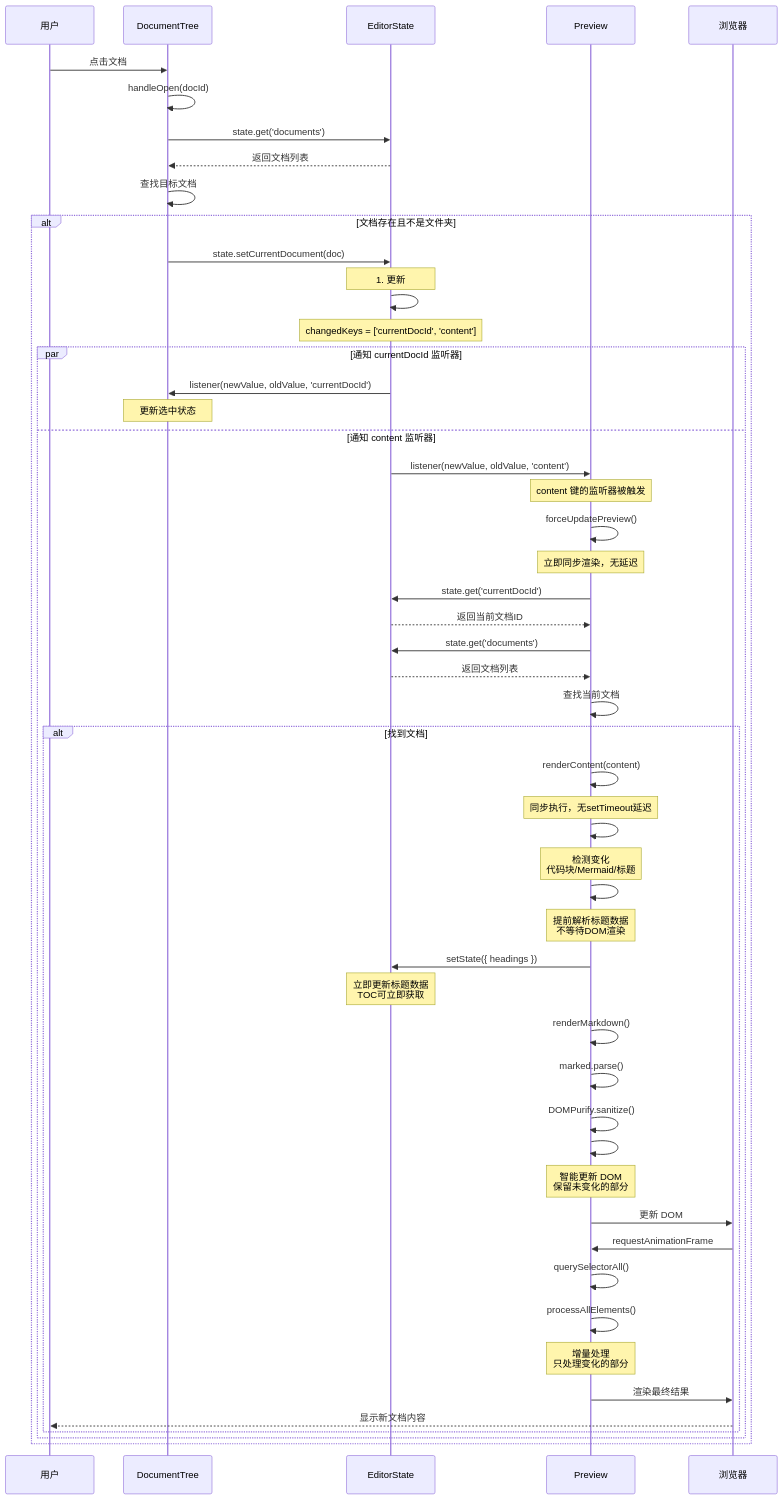
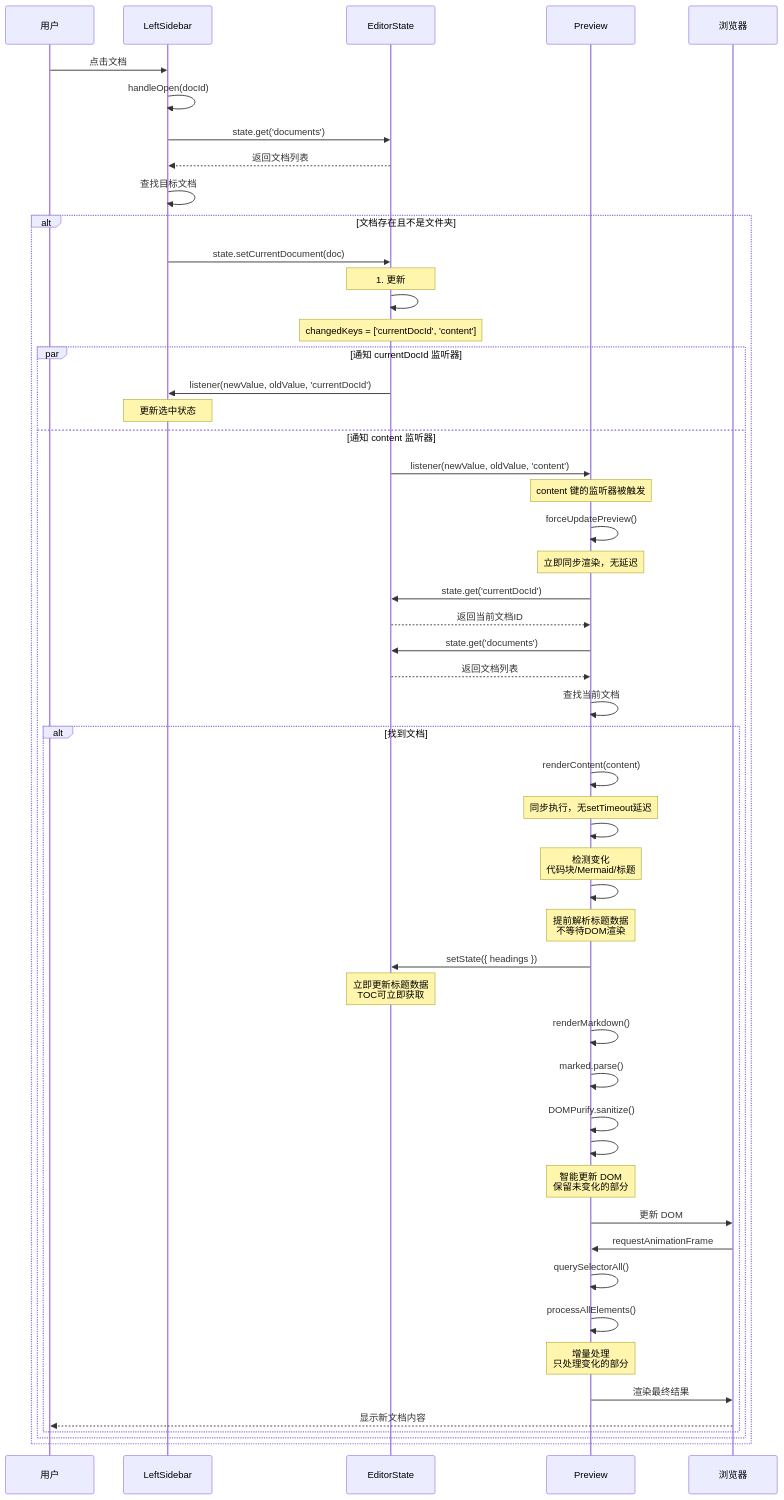
Before and after one commit to ZCShou/markdown: the third of 9 diagrams in docs/preview.md, drawn with Mermaid. The commit also changed other lines of this file and 8 other files, not shown here.

Commit message:
refactor: merge sidebar and document tree components into left/right sidebars

````diff
--- a/docs/preview.md
+++ b/docs/preview.md
@@ -190,74 +190,74 @@
 ```mermaid
 sequenceDiagram
     participant User as 用户
-    participant DocTree as DocumentTree
+    participant LeftSidebar as LeftSidebar
     participant State as EditorState
     participant Preview as Preview
     participant Browser as 浏览器
 
-    User->>DocTree: 点击文档
-    DocTree->>DocTree: handleOpen(docId)
+    User->>LeftSidebar: 点击文档
+    LeftSidebar->>LeftSidebar: handleOpen(docId)
     
-    DocTree->>State: state.get('documents')
-    State-->>DocTree: 返回文档列表
+    LeftSidebar->>State: state.get('documents')
+    State-->>LeftSidebar: 返回文档列表
     
-    DocTree->>DocTree: 查找目标文档
+    LeftSidebar->>LeftSidebar: 查找目标文档
     
     alt 文档存在且不是文件夹
-        DocTree->>State: state.setCurrentDocument(doc)
+        LeftSidebar->>State: state.setCurrentDocument(doc)
         Note over State: 1. 更新 #state.currentDocId<br/>2. 更新 #state.content<br/>3. 调用 #notify()
         
         State->>State: #notify(oldState, newState, changedKeys)
         Note over State: changedKeys = ['currentDocId', 'content']
         
         par 通知 currentDocId 监听器
-            State->>DocTree: listener(newValue, oldValue, 'currentDocId')
-            Note over DocTree: 更新选中状态
+            State->>LeftSidebar: listener(newValue, oldValue, 'currentDocId')
+            Note over LeftSidebar: 更新选中状态
         and 通知 content 监听器
             State->>Preview: listener(newValue, oldValue, 'content')
             Note over Preview: content 键的监听器被触发
             
             Preview->>Preview: forceUpdatePreview()
             Note over Preview: 立即同步渲染，无延迟
             
             Preview->>State: state.get('currentDocId')
             State-->>Preview: 返回当前文档ID
             
             Preview->>State: state.get('documents')
             State-->>Preview: 返回文档列表
             
             Preview->>Preview: 查找当前文档
             
             alt 找到文档
                 Preview->>Preview: renderContent(content)
                 Note over Preview: 同步执行，无setTimeout延迟
                 
                 Preview->>Preview: #detectChanges()
                 Note over Preview: 检测变化<br/>代码块/Mermaid/标题
                 
                 Preview->>Preview: #updateHeadingsSync()
                 Note over Preview: 提前解析标题数据<br/>不等待DOM渲染
                 
                 Preview->>State: setState({ headings })
                 Note over State: 立即更新标题数据<br/>TOC可立即获取
                 
                 Preview->>Preview: renderMarkdown()
                 Preview->>Preview: marked.parse()
                 Preview->>Preview: DOMPurify.sanitize()
                 
                 Preview->>Preview: #updateDOMSmart()
                 Note over Preview: 智能更新 DOM<br/>保留未变化的部分
                 
                 Preview->>Browser: 更新 DOM
                 
                 Browser->>Preview: requestAnimationFrame
                 Preview->>Preview: querySelectorAll()
                 Preview->>Preview: processAllElements()
                 Note over Preview: 增量处理<br/>只处理变化的部分
                 
                 Preview->>Browser: 渲染最终结果
                 Browser-->>User: 显示新文档内容
             end
         end
     end
 ```
````
